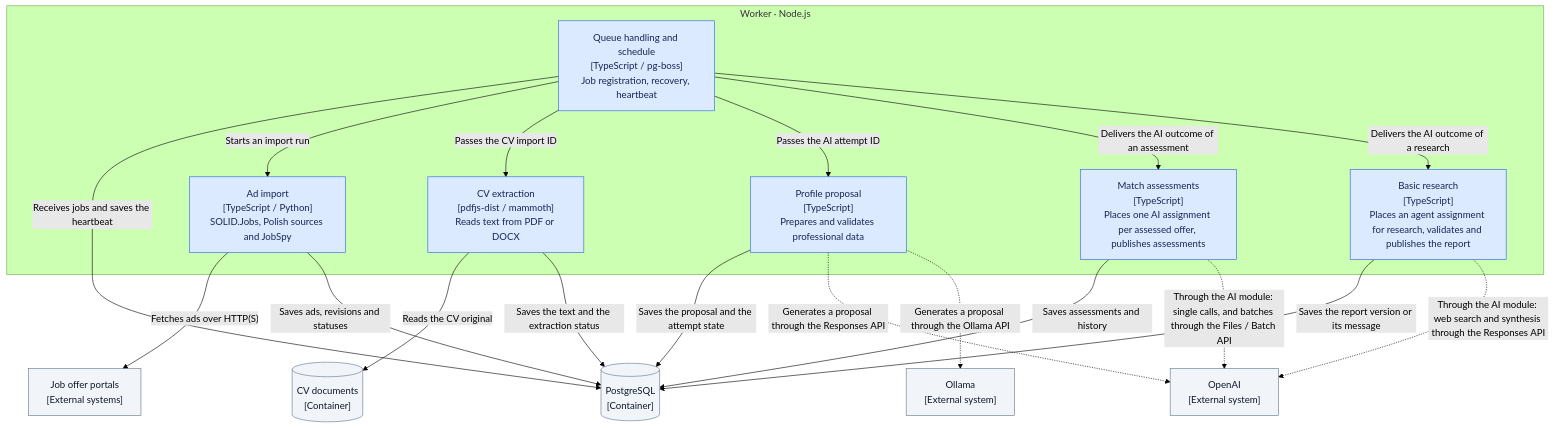
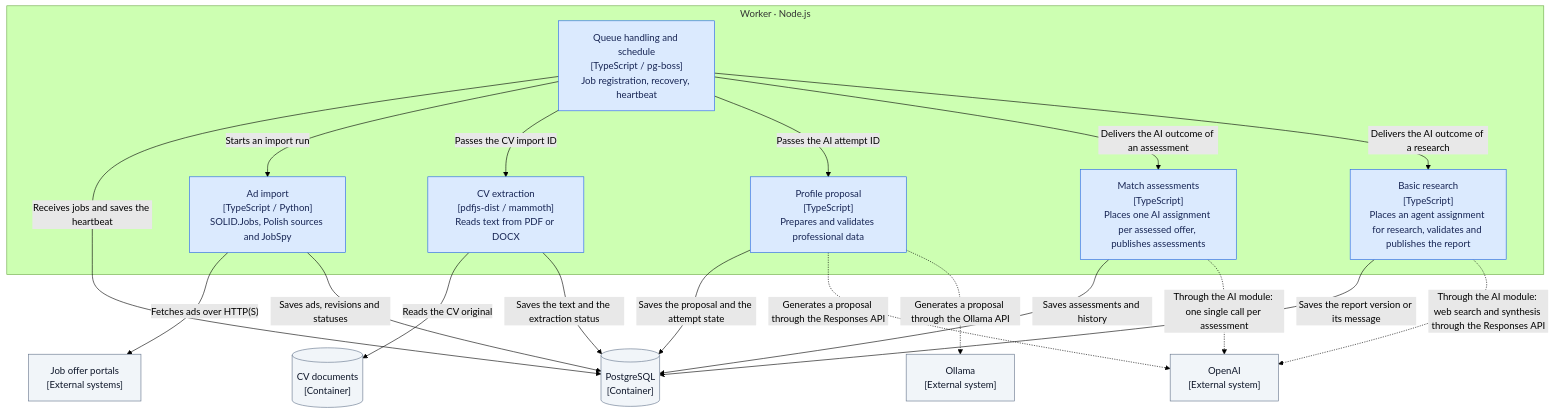
Before and after one commit to pioziol123/ofertorix-rekrutus: the fourth of 5 diagrams in docs/architecture/README.md, drawn with Mermaid (forest theme). The commit also changed other lines of this file and 154 other files, not shown here.

````diff
--- a/docs/architecture/README.md
+++ b/docs/architecture/README.md
@@ -127,40 +127,40 @@
 ```mermaid
 flowchart TB
   DB[("PostgreSQL<br/>[Container]")]
   Files[("CV documents<br/>[Container]")]
   Boards["Job offer portals<br/>[External systems]"]
   OpenAI["OpenAI<br/>[External system]"]
   Ollama["Ollama<br/>[External system]"]
 
   subgraph Worker["Worker · Node.js"]
     Runtime["Queue handling and schedule<br/>[TypeScript / pg-boss]<br/>Job registration, recovery, heartbeat"]
     Import["Ad import<br/>[TypeScript / Python]<br/>SOLID.Jobs, Polish sources and JobSpy"]
     Parse["CV extraction<br/>[pdfjs-dist / mammoth]<br/>Reads text from PDF or DOCX"]
     Profile["Profile proposal<br/>[TypeScript]<br/>Prepares and validates professional data"]
     Matching["Match assessments<br/>[TypeScript]<br/>Places one AI assignment per assessed offer, publishes assessments"]
     Research["Basic research<br/>[TypeScript]<br/>Places an agent assignment for research, validates and publishes the report"]
   end
 
   Runtime -->|"Receives jobs and saves the heartbeat"| DB
   Runtime -->|"Starts an import run"| Import
   Runtime -->|"Passes the CV import ID"| Parse
   Runtime -->|"Passes the AI attempt ID"| Profile
   Runtime -->|"Delivers the AI outcome of an assessment"| Matching
   Runtime -->|"Delivers the AI outcome of a research"| Research
   Import -->|"Fetches ads over HTTP(S)"| Boards
   Import -->|"Saves ads, revisions and statuses"| DB
   Parse -->|"Reads the CV original"| Files
   Parse -->|"Saves the text and the extraction status"| DB
   Profile -->|"Saves the proposal and the attempt state"| DB
   Matching -->|"Saves assessments and history"| DB
   Research -->|"Saves the report version or its message"| DB
   Profile -.->|"Generates a proposal through the Responses API"| OpenAI
   Profile -.->|"Generates a proposal through the Ollama API"| Ollama
-  Matching -.->|"Through the AI module: single calls, and batches through the Files / Batch API"| OpenAI
+  Matching -.->|"Through the AI module: one single call per assessment"| OpenAI
   Research -.->|"Through the AI module: web search and synthesis through the Responses API"| OpenAI
 
   classDef internal fill:#dbeafe,stroke:#2563eb,color:#172554
   classDef external fill:#f1f5f9,stroke:#64748b,color:#0f172a
   class Runtime,Import,Parse,Profile,Matching,Research internal
   class DB,Files,Boards,OpenAI,Ollama external
 ```
````
